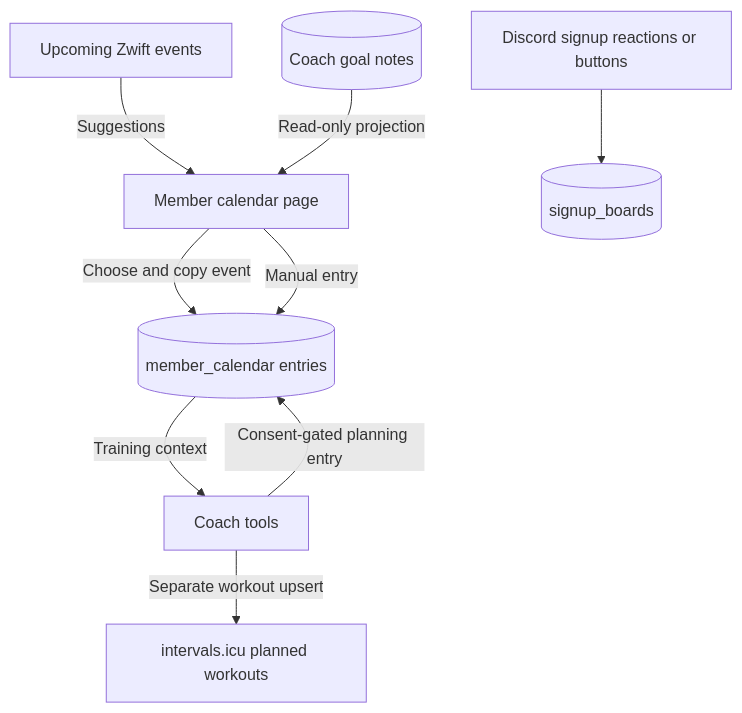
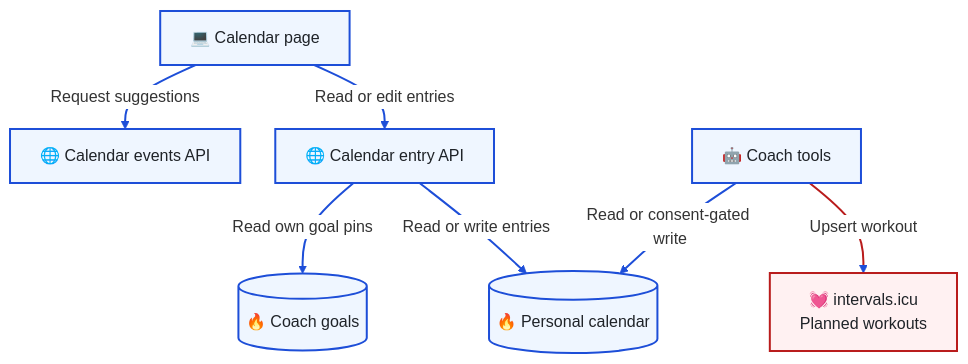
Before and after one commit to T00few2/dzr: the third of 3 diagrams in docs/architecture/events.md, drawn with Mermaid. The commit also changed other lines of this file and 15 other files, not shown here.

First line of the commit message:
docs: standardize Mermaid notation and map the technology stack

````diff
--- a/docs/architecture/events.md
+++ b/docs/architecture/events.md
@@ -71,11 +102,24 @@
 ```mermaid
+---
+config:
+  theme: base
+  themeVariables:
+    edgeLabelBackground: '#ffffff'
+  flowchart:
+    padding: 15
+    nodeSpacing: 35
+    rankSpacing: 40
+---
 flowchart TB
-    feed[Upcoming Zwift events] -->|Suggestions| ui[Member calendar page]
-    ui -->|Choose and copy event| calendar[(member_calendar entries)]
-    ui -->|Manual entry| calendar
-    goals[(Coach goal notes)] -->|Read-only projection| ui
-    coach[Coach tools] -->|Consent-gated planning entry| calendar
-    coach -->|Separate workout upsert| intervals[intervals.icu planned workouts]
-    calendar -->|Training context| coach
-    boards[Discord signup reactions or buttons] --> signups[(signup_boards)]
+    ui["💻 Calendar page"] -->|Request suggestions| feed["🌐 Calendar events API"]
+    ui -->|Read or edit entries| api["🌐 Calendar entry API"]
+    api -->|Read own goal pins| goals[("🔥 Coach goals")]
+    api -->|Read or write entries| calendar[("🔥 Personal calendar")]
+    coach["🤖 Coach tools"] -->|Read or consent-gated write| calendar
+    coach -->|Upsert workout| intervals["💓 intervals.icu<br/>Planned workouts"]
+    classDef default fill:#eff6ff,stroke:#1d4ed8,stroke-width:2px,color:#1f2328
+    classDef external fill:#fff1f2,stroke:#b91c1c,stroke-width:2px,color:#1f2328
+    linkStyle default stroke:#1d4ed8,stroke-width:2px
+    class intervals external
+    linkStyle 5 stroke:#b91c1c,stroke-width:2px
 ```
````
